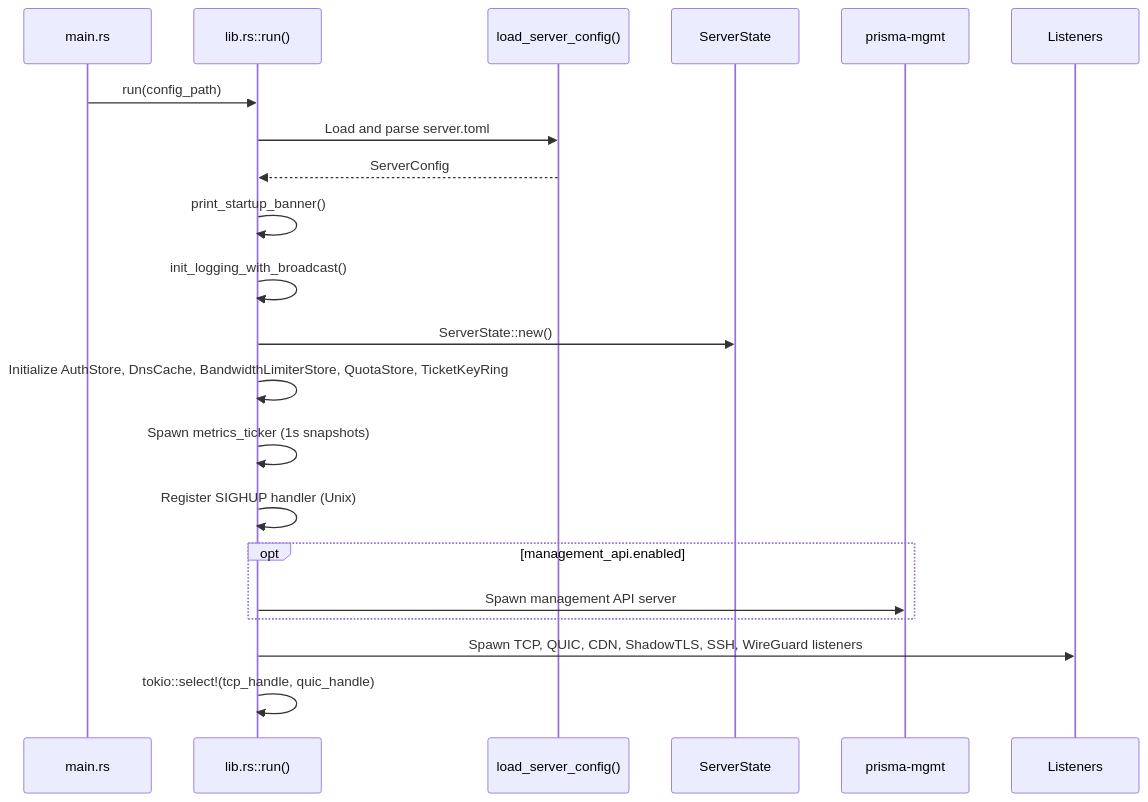
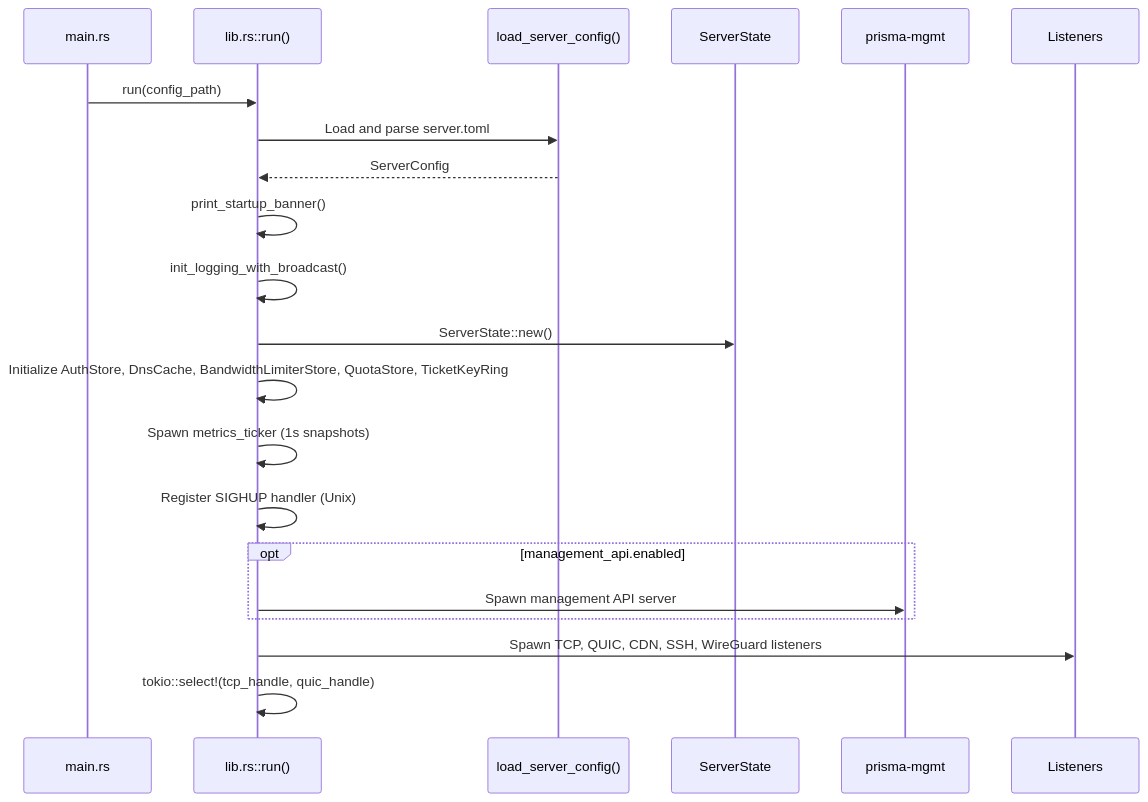
Before and after one commit to prisma-proxy/prisma: the first of 2 diagrams in docs/dev/prisma-server.md, drawn with Mermaid. The commit also changed other lines of this file and 37 other files, not shown here.

Commit message:
docs: remove ShadowTLS references, update transport count to 8

````diff
--- a/docs/dev/prisma-server.md
+++ b/docs/dev/prisma-server.md
@@ -15,24 +15,24 @@
 ```mermaid
 sequenceDiagram
     participant Main as main.rs
     participant Lib as lib.rs::run()
     participant Config as load_server_config()
     participant State as ServerState
     participant Mgmt as prisma-mgmt
     participant Listeners as Listeners
 
     Main->>Lib: run(config_path)
     Lib->>Config: Load and parse server.toml
     Config-->>Lib: ServerConfig
     Lib->>Lib: print_startup_banner()
     Lib->>Lib: init_logging_with_broadcast()
     Lib->>State: ServerState::new()
     Lib->>Lib: Initialize AuthStore, DnsCache, BandwidthLimiterStore, QuotaStore, TicketKeyRing
     Lib->>Lib: Spawn metrics_ticker (1s snapshots)
     Lib->>Lib: Register SIGHUP handler (Unix)
     opt management_api.enabled
         Lib->>Mgmt: Spawn management API server
     end
-    Lib->>Listeners: Spawn TCP, QUIC, CDN, ShadowTLS, SSH, WireGuard listeners
+    Lib->>Listeners: Spawn TCP, QUIC, CDN, SSH, WireGuard listeners
     Lib->>Lib: tokio::select!(tcp_handle, quic_handle)
 ```
````
